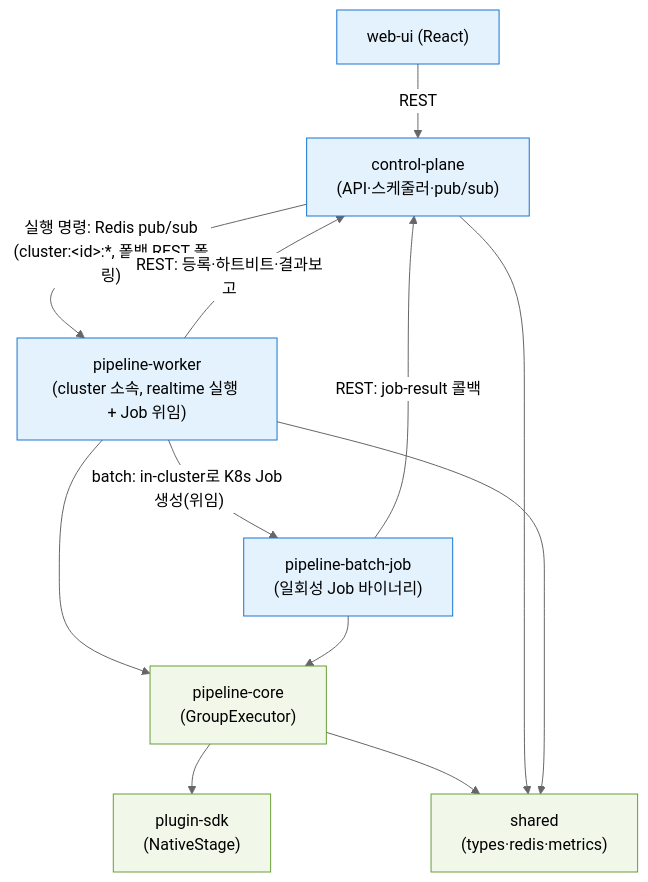
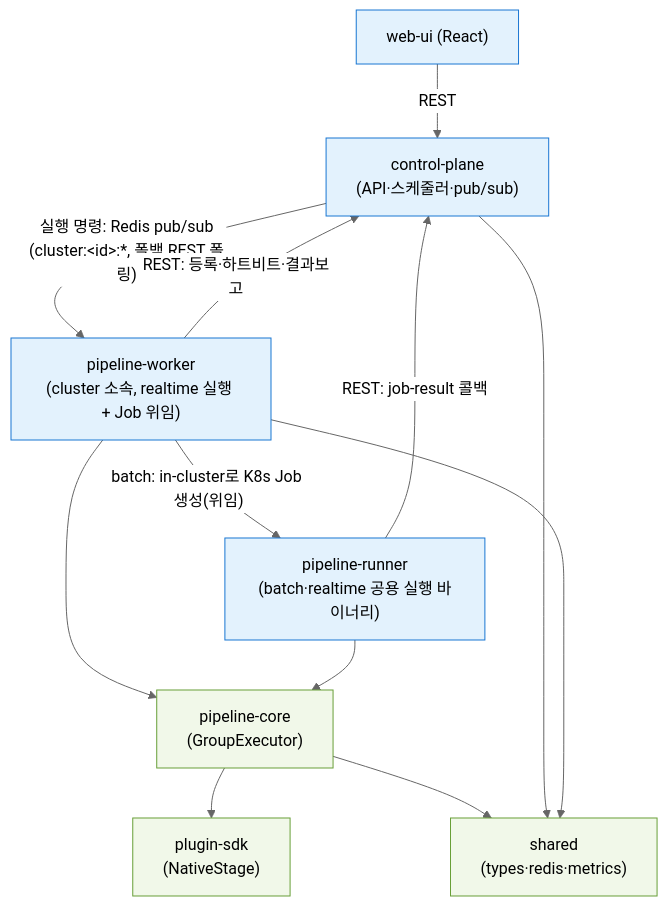
One commit to conduix/conduix changed the first of 4 diagrams in docs/ARCHITECTURE.md. Above: the diagram before and after it, drawn with Mermaid (neutral theme). The commit also changed other lines of this file and 34 other files, not shown here.

First line of the commit message:
refactor!: pipeline-batch-job → pipeline-runner 리네이밍

````diff
--- a/docs/ARCHITECTURE.md
+++ b/docs/ARCHITECTURE.md
@@ -30,19 +30,19 @@
 ```mermaid
 graph TD
     webui["web-ui (React)"] -->|REST| cp["control-plane<br/>(API·스케줄러·pub/sub)"]
     cp -->|"실행 명령: Redis pub/sub<br/>(cluster:&lt;id&gt;:*, 폴백 REST 폴링)"| worker["pipeline-worker<br/>(cluster 소속, realtime 실행 + Job 위임)"]
     worker -->|"REST: 등록·하트비트·결과보고"| cp
-    worker -->|"batch: in-cluster로 K8s Job 생성(위임)"| runner["pipeline-batch-job<br/>(일회성 Job 바이너리)"]
+    worker -->|"batch: in-cluster로 K8s Job 생성(위임)"| runner["pipeline-runner<br/>(batch·realtime 공용 실행 바이너리)"]
     runner -->|"REST: job-result 콜백"| cp
     worker --> core["pipeline-core<br/>(GroupExecutor)"]
     runner --> core
     core --> sdk["plugin-sdk<br/>(NativeStage)"]
     core --> shared["shared<br/>(types·redis·metrics)"]
     cp --> shared
     worker --> shared
 
     classDef svc fill:#e3f2fd,stroke:#1976d2
     classDef lib fill:#f1f8e9,stroke:#689f38
     class webui,cp,worker,runner svc
     class core,sdk,shared lib
 ```
````
